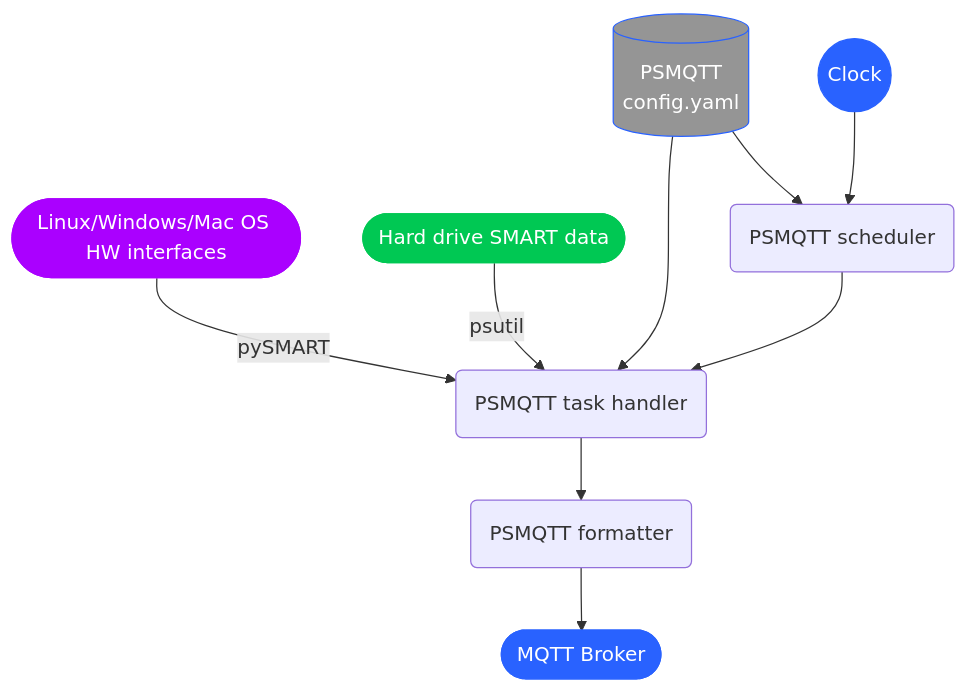
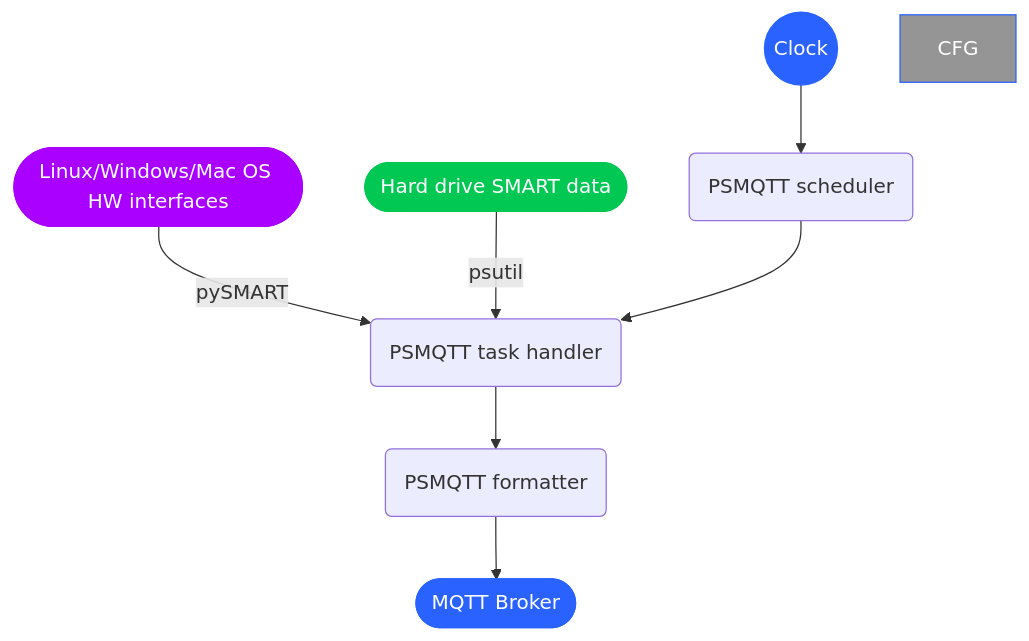
Before and after one commit to eschava/psmqtt: the diagram in doc/usage.md, drawn with Mermaid. The commit also changed other lines of this file and 2 other files, not shown here.

````diff
--- a/doc/usage.md
+++ b/doc/usage.md
@@ -7,31 +7,28 @@
 ```mermaid
 flowchart TD
 %% Nodes
     OS([Linux/Windows/Mac OS HW interfaces]) 
     SMART([Hard drive SMART data])
-    CFG[(PSMQTT<br/>config.yaml)]
     CLK((Clock))
     MQTT([MQTT Broker])
     psmqttTASK(PSMQTT task handler)
     psmqttSCHED(PSMQTT scheduler)
     psmqttFMT(PSMQTT formatter)
 
 %% Edge connections between nodes
     OS -->|pySMART| psmqttTASK
     SMART -->|psutil| psmqttTASK
-    CFG --> psmqttSCHED
-    CFG --> psmqttTASK
     CLK --> psmqttSCHED
 
     psmqttSCHED-->psmqttTASK
     psmqttTASK-->psmqttFMT
 
     psmqttFMT-->MQTT
 
 %% Individual node styling. 
     style OS color:#FFFFFF, fill:#AA00FF, stroke:#AA00FF
     style SMART color:#FFFFFF, stroke:#00C853, fill:#00C853
     style CLK color:#FFFFFF, stroke:#2962FF, fill:#2962FF
     style CFG color:#FFFFFF, stroke:#2962FF, fill:#959595
     style MQTT color:#FFFFFF, stroke:#2962FF, fill:#2962FF
 ```
````
